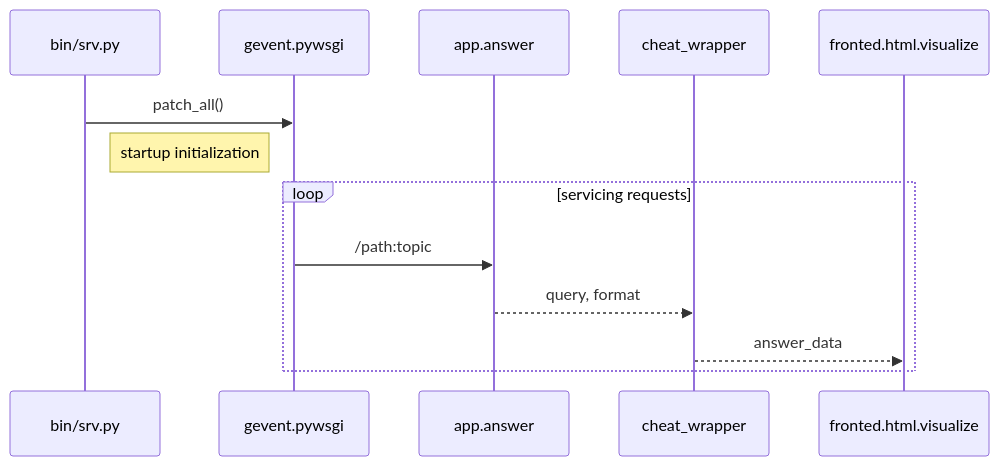
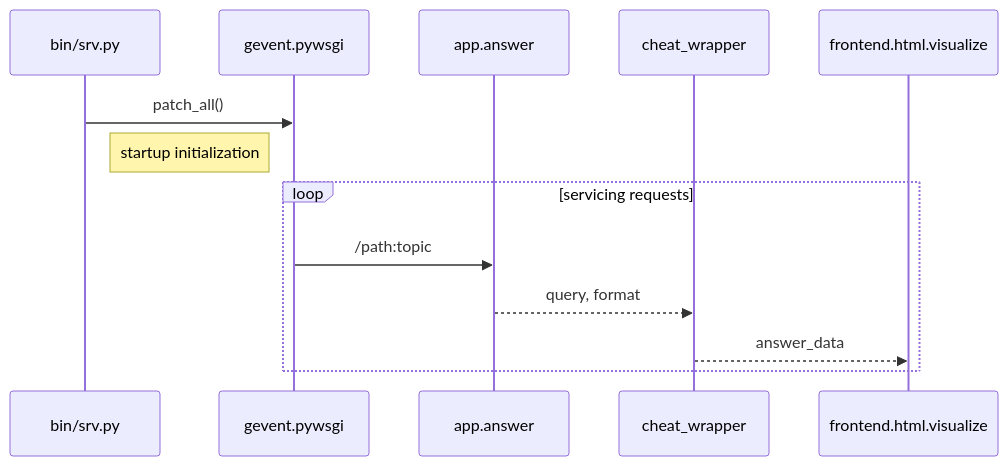
Before and after one commit to yakshaveinc/linux: the diagram in docops/DIAGRAMS.md, drawn with Mermaid. The commit also changed other lines of this file, not shown here.

Commit message:
DIAGRAMS.md list to headers

````diff
--- a/docops/DIAGRAMS.md
+++ b/docops/DIAGRAMS.md
@@ -3,10 +3,10 @@
 ```mermaid
 sequenceDiagram
 bin/srv.py->>gevent.pywsgi: patch_all()
 Note right of bin/srv.py: startup initialization
 loop servicing requests
   gevent.pywsgi->>app.answer: /path:topic
   app.answer-->>cheat_wrapper: query, format
-  cheat_wrapper-->>fronted.html.visualize: answer_data
+  cheat_wrapper-->>frontend.html.visualize: answer_data
 end
 ```
````
